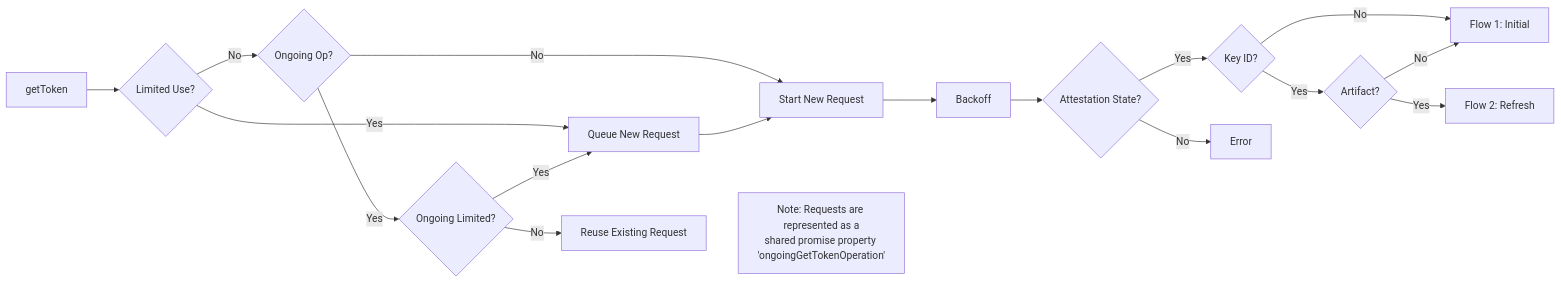
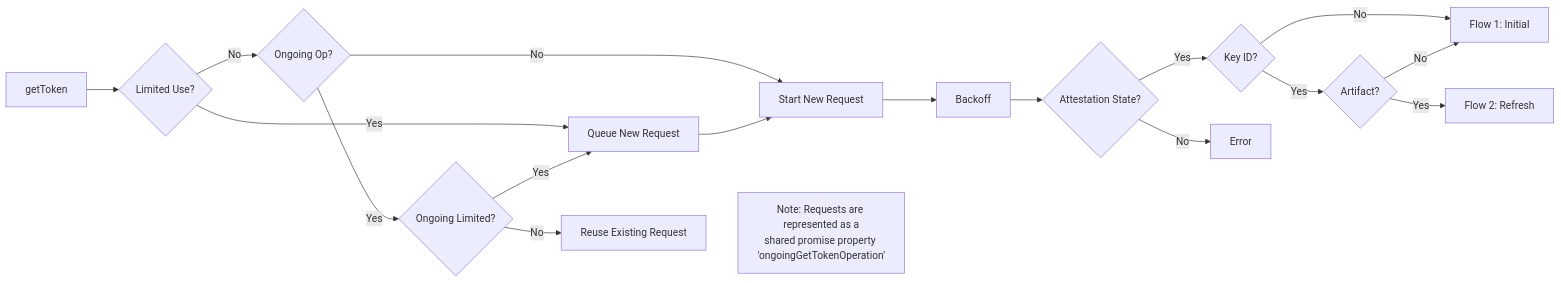
Before and after one commit to google/app-check: the first of 4 diagrams in docs/providers/app-attest.md, drawn with Mermaid.

````diff
--- a/docs/providers/app-attest.md
+++ b/docs/providers/app-attest.md
@@ -31,31 +31,31 @@
 ```mermaid
-%%{init: {"flowchart": {"diagramPadding": 130}}}%%
+%%{init: {"flowchart": {"diagramPadding": 125}}}%%
 flowchart LR
     Start[getToken] --> CheckUse{Limited Use?}
     
     CheckUse -- Yes --> Queue[Queue New Request]
     CheckUse -- No --> Coalesce{Ongoing Op?}
     
     Coalesce -- No --> StartNew[Start New Request]
     Coalesce -- Yes --> CheckOngoing{Ongoing Limited?}
     
     CheckOngoing -- Yes --> Queue
     CheckOngoing -- No --> Reuse[Reuse Existing Request]
     
     Queue --> StartNew
     StartNew --> Backoff[Backoff]
     
     Backoff --> StateCheck{Attestation State?}
     
     StateCheck -->|Yes| KeyCheck{Key ID?}
     
     KeyCheck -- No --> Flow1[Flow 1: Initial]
     KeyCheck -- Yes --> ArtifactCheck{Artifact?}
     
     ArtifactCheck -- No --> Flow1
     ArtifactCheck -- Yes --> Flow2[Flow 2: Refresh]
 
     StateCheck -->|No| Error[Error]
 
     Reuse ~~~ Footnote[Note: Requests are represented as a<br/>shared promise property 'ongoingGetTokenOperation']
 ```
````
